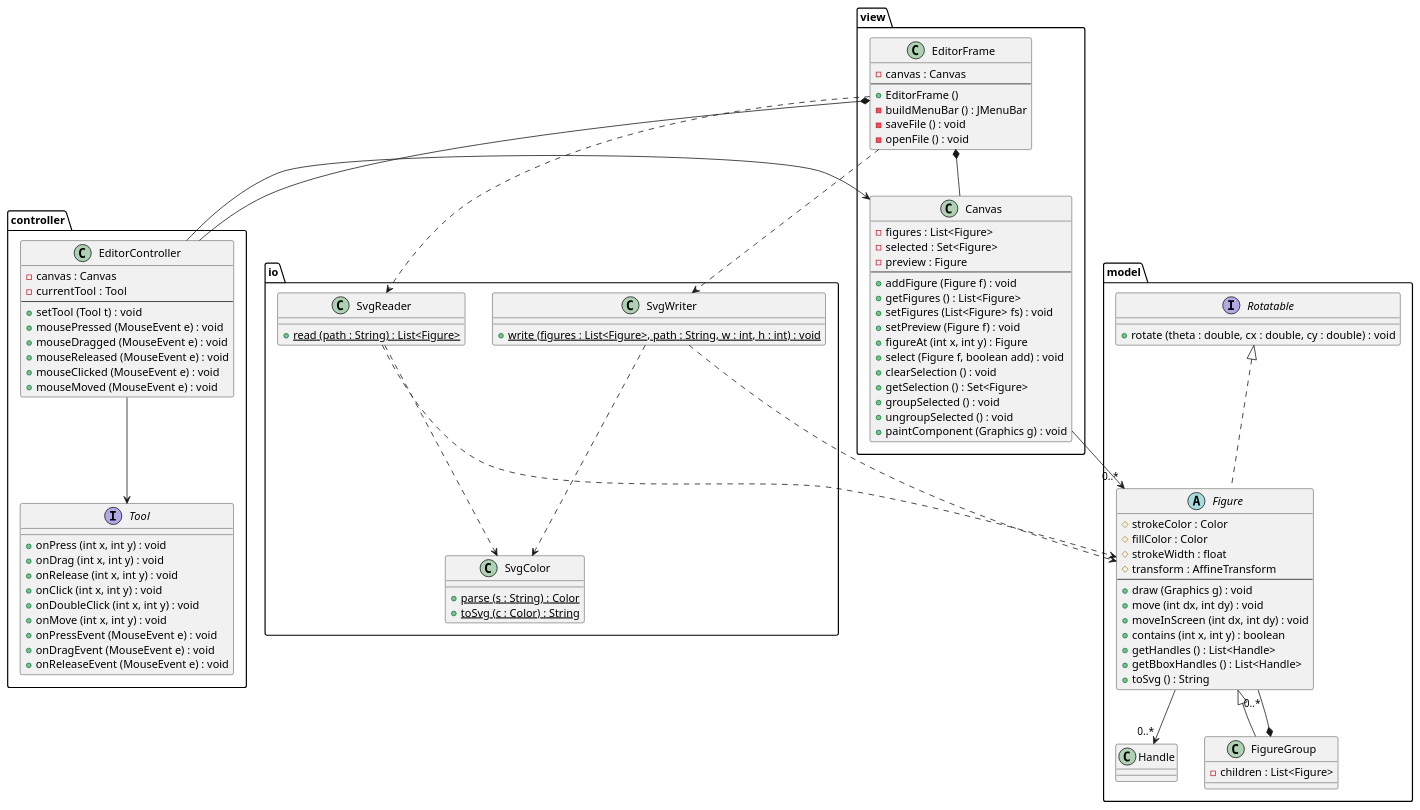
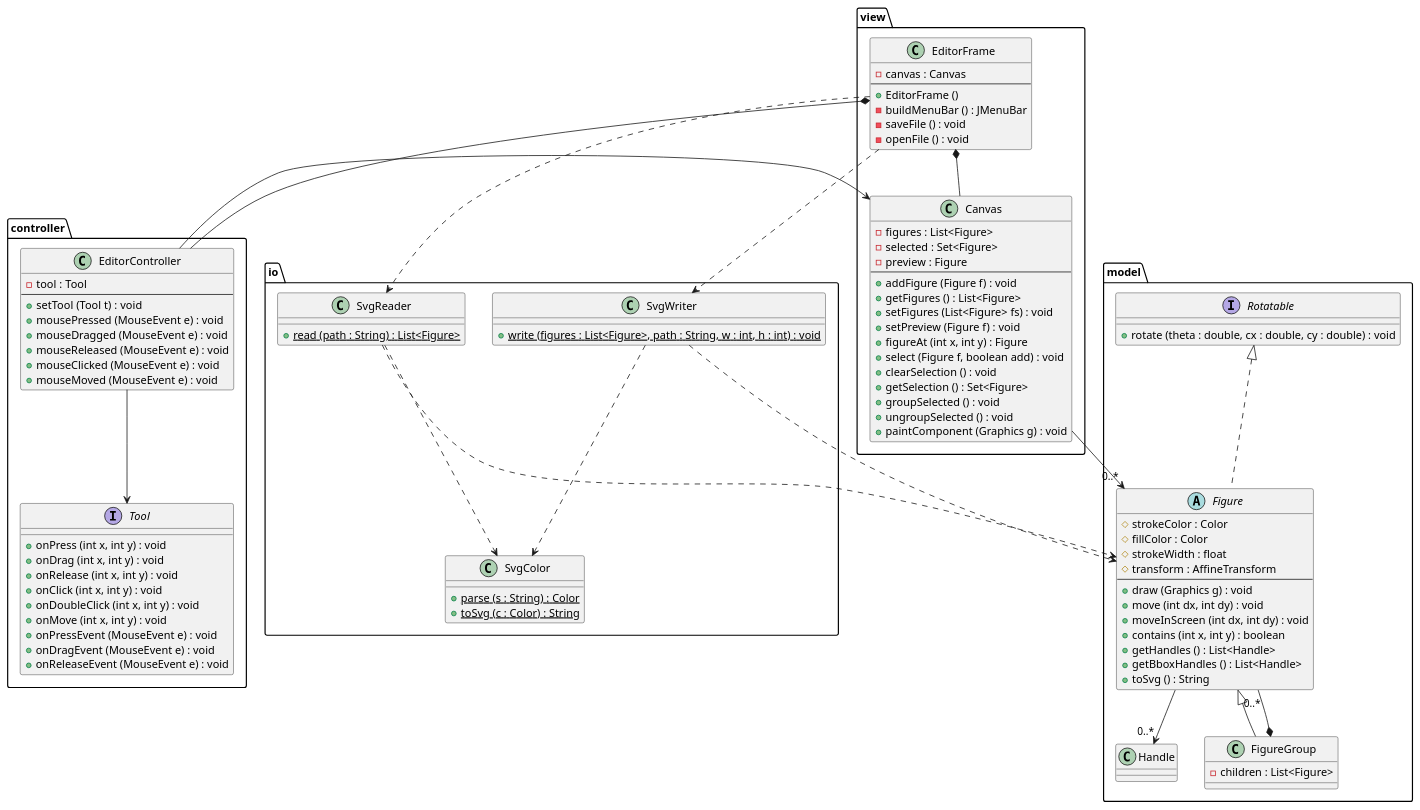
Before and after one commit to cpcp-lab/sdd-figure-editor: the first of 3 diagrams in docs/static-structure.md, drawn with PlantUML. The commit also changed other lines of this file and 12 other files, not shown here.

```diff
--- a/docs/static-structure.md
+++ b/docs/static-structure.md
@@ -41,8 +41,7 @@
 
 package controller {
     class EditorController {
-        - canvas : Canvas
-        - currentTool : Tool
+        - tool : Tool
         --
         + setTool (Tool t) : void
         + mousePressed (MouseEvent e) : void
```
